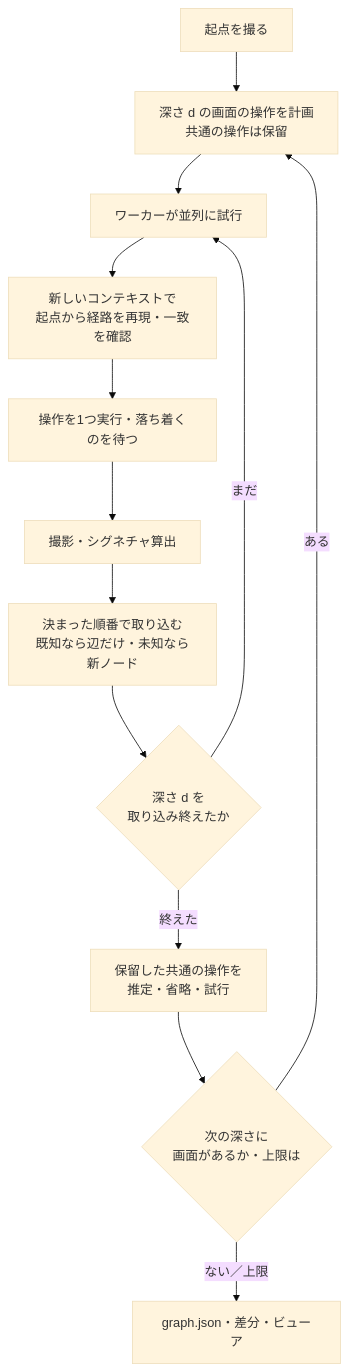
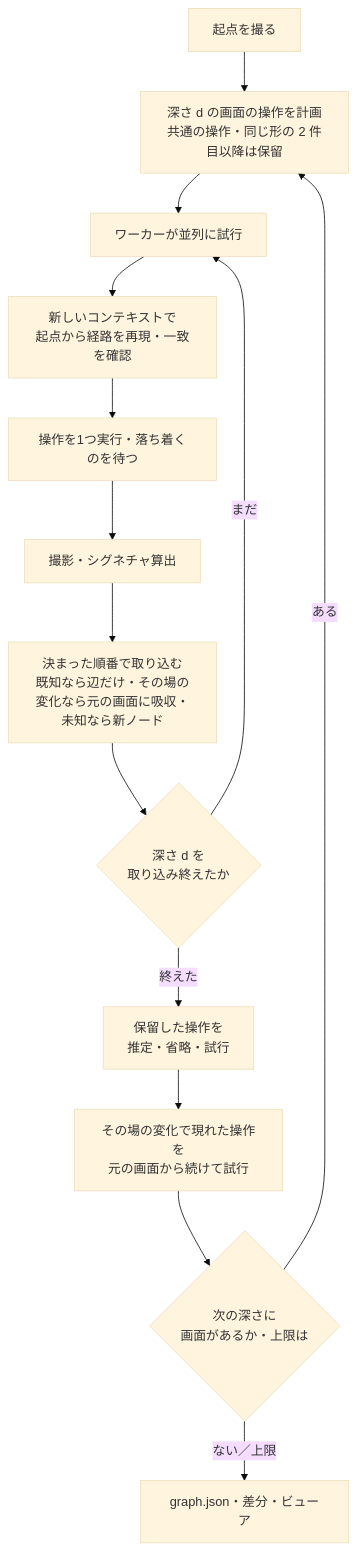
Before and after one commit to raku1chi/flowmap: the second of 3 diagrams in DESIGN.md, drawn with Mermaid (base theme). The commit also changed other lines of this file and 14 other files, not shown here.

````diff
--- a/DESIGN.md
+++ b/DESIGN.md
@@ -77,15 +77,16 @@
 ```mermaid
 flowchart TD
-  A[起点を撮る] --> P[深さ d の画面の操作を計画<br/>共通の操作は保留]
+  A[起点を撮る] --> P[深さ d の画面の操作を計画<br/>共通の操作・同じ形の 2 件目以降は保留]
   P --> W[ワーカーが並列に試行]
   W --> R[新しいコンテキストで<br/>起点から経路を再現・一致を確認]
   R --> F[操作を1つ実行・落ち着くのを待つ]
   F --> G[撮影・シグネチャ算出]
-  G --> M[決まった順番で取り込む<br/>既知なら辺だけ・未知なら新ノード]
+  G --> M[決まった順番で取り込む<br/>既知なら辺だけ・その場の変化なら元の画面に吸収・未知なら新ノード]
   M --> Q{深さ d を<br/>取り込み終えたか}
   Q -- まだ --> W
-  Q -- 終えた --> B[保留した共通の操作を<br/>推定・省略・試行]
-  B --> K{次の深さに<br/>画面があるか・上限は}
+  Q -- 終えた --> B[保留した操作を<br/>推定・省略・試行]
+  B --> C[その場の変化で現れた操作を<br/>元の画面から続けて試行]
+  C --> K{次の深さに<br/>画面があるか・上限は}
   K -- ある --> P
   K -- ない／上限 --> Z[graph.json・差分・ビューア]
 ```
````
